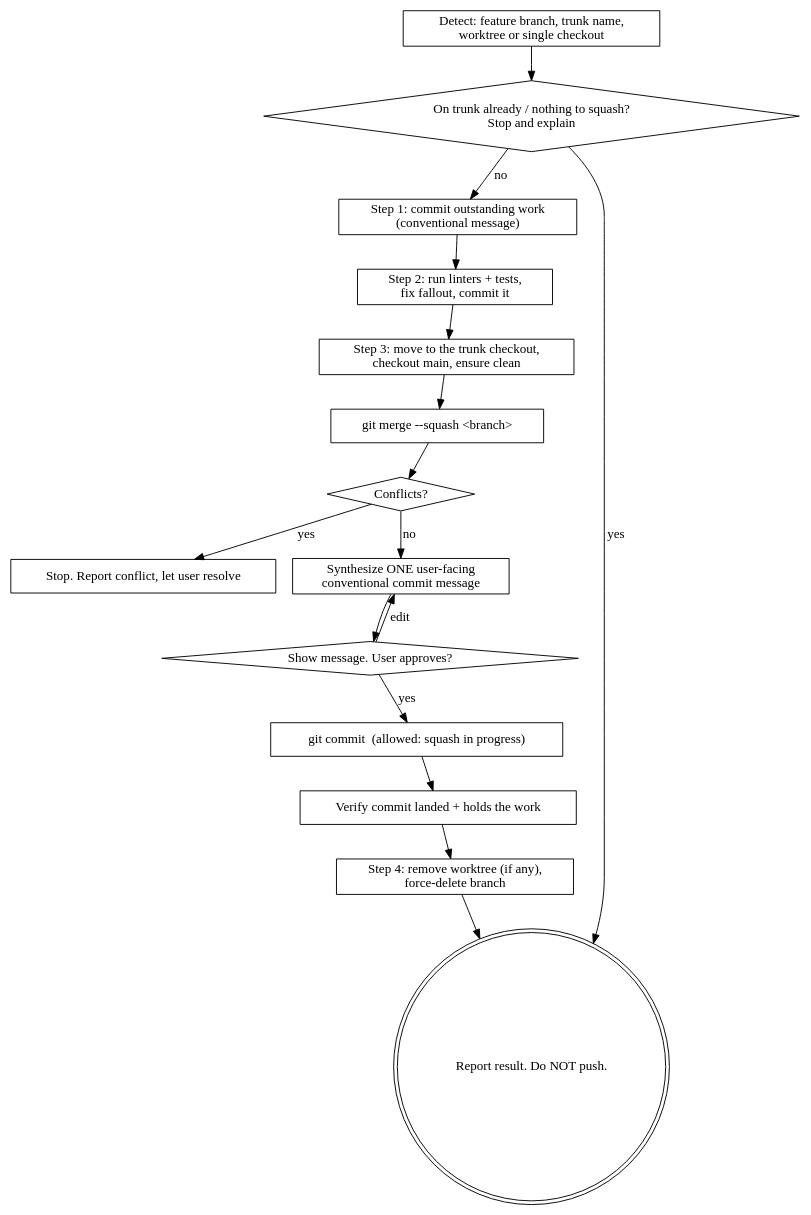
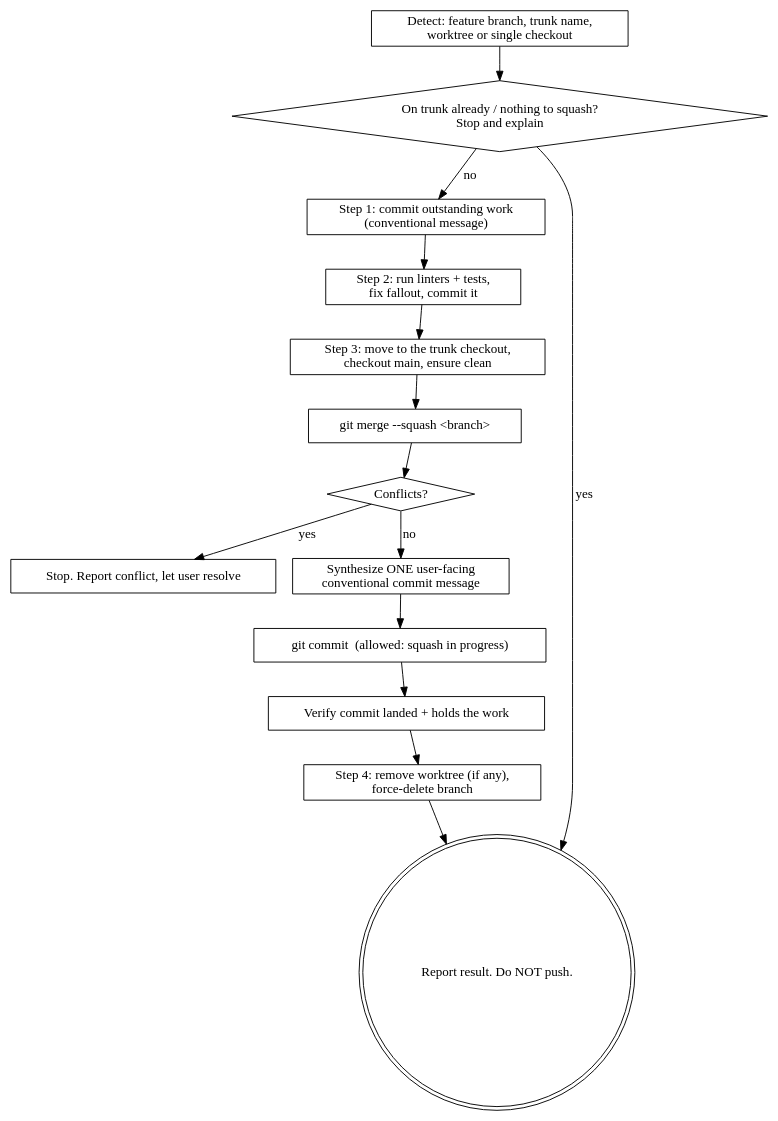
One commit to natelandau/cc-plugin changed the diagram in plugins/natelandau-toolkit/skills/squash/SKILL.md. Above: the diagram before and after it, drawn with Graphviz. The commit also changed other lines of this file, not shown here.

First line of the commit message:
refactor(squash): land /squash without a commit-message approval pause

````diff
--- a/plugins/natelandau-toolkit/skills/squash/SKILL.md
+++ b/plugins/natelandau-toolkit/skills/squash/SKILL.md
@@ -44,30 +44,27 @@
 ```dot
 digraph squash {
   rankdir=TB; node [shape=box];
   detect   [label="Detect: feature branch, trunk name,\nworktree or single checkout"];
   refuse   [label="On trunk already / nothing to squash?\nStop and explain" shape=diamond];
   commit1  [label="Step 1: commit outstanding work\n(conventional message)"];
   green    [label="Step 2: run linters + tests,\nfix fallout, commit it"];
   goto     [label="Step 3: move to the trunk checkout,\ncheckout main, ensure clean"];
   squash   [label="git merge --squash <branch>"];
   conflict [label="Conflicts?" shape=diamond];
   resolve  [label="Stop. Report conflict, let user resolve"];
   msg      [label="Synthesize ONE user-facing\nconventional commit message"];
-  confirm  [label="Show message. User approves?" shape=diamond];
   commit2  [label="git commit  (allowed: squash in progress)"];
   verify   [label="Verify commit landed + holds the work"];
   cleanup  [label="Step 4: remove worktree (if any),\nforce-delete branch"];
   done     [label="Report result. Do NOT push." shape=doublecircle];
 
   detect -> refuse;
   refuse -> done [label="yes"];
   refuse -> commit1 [label="no"];
   commit1 -> green -> goto -> squash -> conflict;
   conflict -> resolve [label="yes"];
   conflict -> msg [label="no"];
-  msg -> confirm;
-  confirm -> msg [label="edit"];
-  confirm -> commit2 [label="yes"];
+  msg -> commit2;
   commit2 -> verify -> cleanup -> done;
 }
 ```
````
